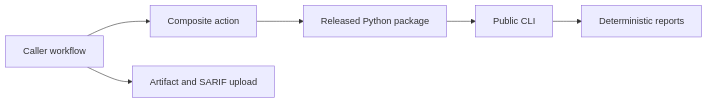
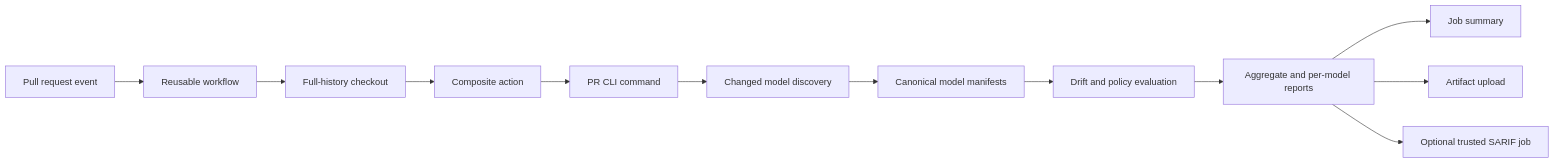
Before and after one commit to actions-marketplace-validations/samueltauil_simulink-model-diff: the diagram in docs/architecture.md, drawn with Mermaid. The commit also changed other lines of this file and 21 other files, not shown here.

First line of the commit message:
Productize PR-native model drift workflow

````diff
--- a/docs/architecture.md
+++ b/docs/architecture.md
@@ -9,8 +5,14 @@
 ```mermaid
 flowchart LR
-    W[Caller workflow] --> A[Composite action]
-    A --> P[Released Python package]
-    P --> C[Public CLI]
-    C --> R[Deterministic reports]
-    W --> U[Artifact and SARIF upload]
+    E[Pull request event] --> W[Reusable workflow]
+    W --> C[Full-history checkout]
+    C --> A[Composite action]
+    A --> P[PR CLI command]
+    P --> X[Changed model discovery]
+    X --> M[Canonical model manifests]
+    M --> D[Drift and policy evaluation]
+    D --> R[Aggregate and per-model reports]
+    R --> S[Job summary]
+    R --> T[Artifact upload]
+    R --> U[Optional trusted SARIF job]
 ```
````
